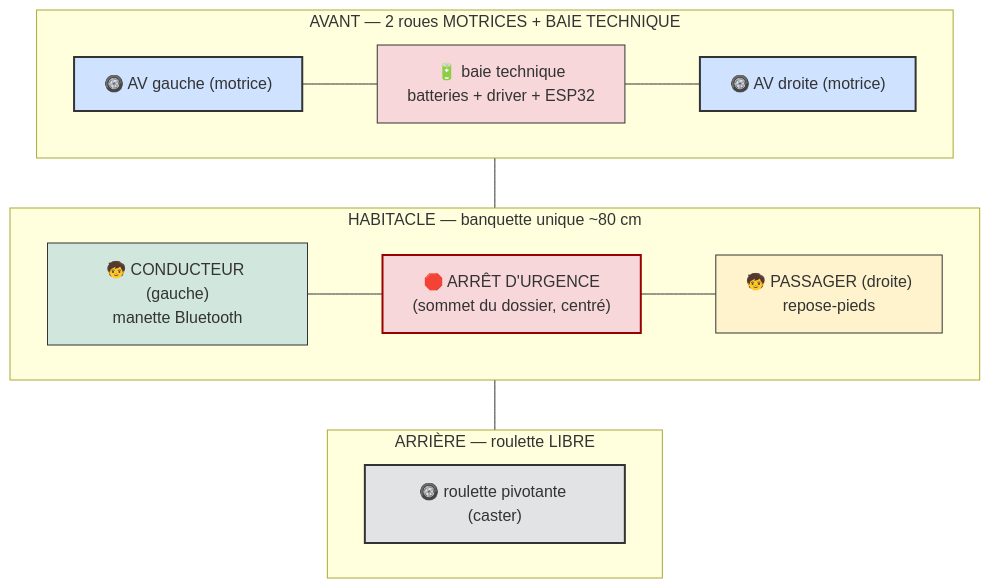
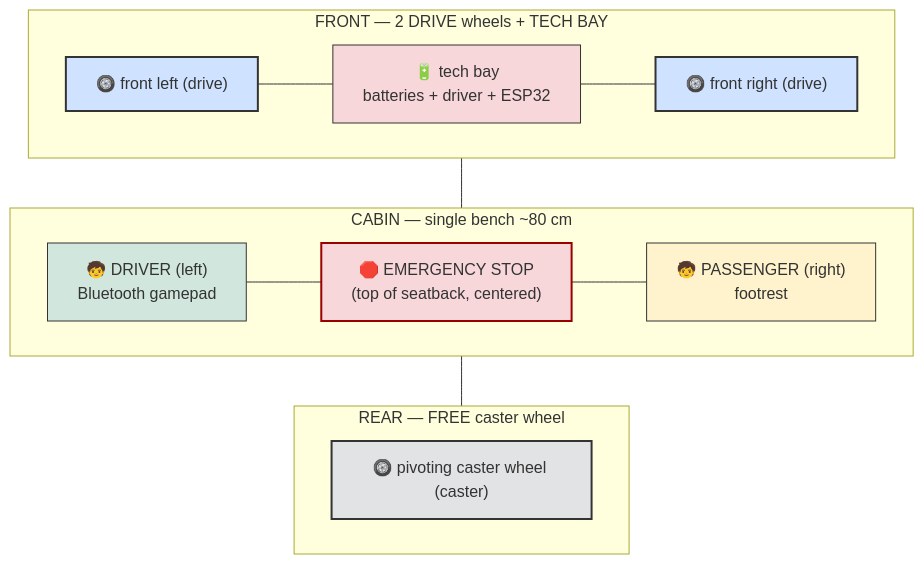
One commit to pinkymaxou/powered-soapbox-car changed the third of 10 diagrams in README.md. Above: the diagram before and after it, drawn with Mermaid. The commit also changed other lines of this file and 49 other files, not shown here.

````diff
--- a/README.md
+++ b/README.md
@@ -192,32 +192,32 @@
 ```mermaid
 flowchart TB
-    subgraph AV["AVANT — 2 roues MOTRICES + BAIE TECHNIQUE"]
-        RAVG["🛞 AV gauche (motrice)"]
-        BAY["🔋 baie technique<br/>batteries + driver + ESP32"]
-        RAVD["🛞 AV droite (motrice)"]
+    subgraph AV["FRONT — 2 DRIVE wheels + TECH BAY"]
+        RAVG["🛞 front left (drive)"]
+        BAY["🔋 tech bay<br/>batteries + driver + ESP32"]
+        RAVD["🛞 front right (drive)"]
         RAVG --- BAY --- RAVD
     end
-    subgraph HAB["HABITACLE — banquette unique ~80 cm"]
-        COND["🧒 CONDUCTEUR (gauche)<br/>manette Bluetooth"]
-        SEP["🛑 ARRÊT D'URGENCE<br/>(sommet du dossier, centré)"]
-        PASS["🧒 PASSAGER (droite)<br/>repose-pieds"]
+    subgraph HAB["CABIN — single bench ~80 cm"]
+        COND["🧒 DRIVER (left)<br/>Bluetooth gamepad"]
+        SEP["🛑 EMERGENCY STOP<br/>(top of seatback, centered)"]
+        PASS["🧒 PASSENGER (right)<br/>footrest"]
         COND --- SEP --- PASS
     end
-    subgraph AR["ARRIÈRE — roulette LIBRE"]
-        RARC["🛞 roulette pivotante (caster)"]
+    subgraph AR["REAR — FREE caster wheel"]
+        RARC["🛞 pivoting caster wheel (caster)"]
     end
     AV --- HAB --- AR
 
     classDef wheel fill:#cfe2ff,stroke:#333,stroke-width:2px;
     classDef caster fill:#e2e3e5,stroke:#333,stroke-width:2px;
     classDef drv fill:#d1e7dd,stroke:#333;
     classDef pas fill:#fff3cd,stroke:#333;
     classDef elec fill:#f8d7da,stroke:#333;
     classDef estop fill:#f8d7da,stroke:#900,stroke-width:2px;
     class RAVG,RAVD wheel;
     class RARC caster;
     class COND drv;
     class PASS pas;
     class BAY elec;
     class SEP estop;
 ```
````
